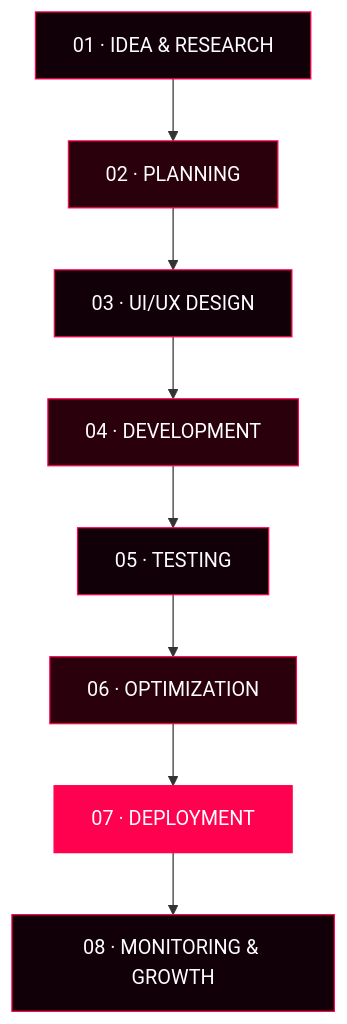
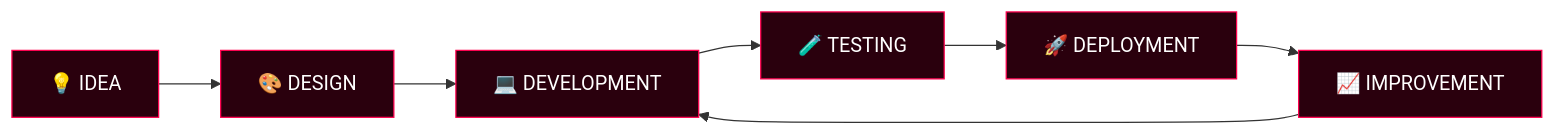
The diagram in README.md (Masfiqul01/Masfiqul01), drawn with Mermaid before and after one commit. The commit also changed other lines of this file, not shown here.

````diff
--- a/README.md
+++ b/README.md
@@ -407,19 +192,16 @@
 ```mermaid
-flowchart TD
-    A["01 · IDEA & RESEARCH"] --> B["02 · PLANNING"]
-    B --> C["03 · UI/UX DESIGN"]
-    C --> D["04 · DEVELOPMENT"]
-    D --> E["05 · TESTING"]
-    E --> F["06 · OPTIMIZATION"]
-    F --> G["07 · DEPLOYMENT"]
-    G --> H["08 · MONITORING & GROWTH"]
+flowchart LR
+    A["💡 IDEA"] --> B["🎨 DESIGN"]
+    B --> C["💻 DEVELOPMENT"]
+    C --> D["🧪 TESTING"]
+    D --> E["🚀 DEPLOYMENT"]
+    E --> F["📈 IMPROVEMENT"]
+    F --> C
 
-    style A fill:#120008,stroke:#ff014f,color:#ffffff
-    style B fill:#2a000d,stroke:#ff014f,color:#ffffff
-    style C fill:#120008,stroke:#ff014f,color:#ffffff
-    style D fill:#2a000d,stroke:#ff014f,color:#ffffff
-    style E fill:#120008,stroke:#ff014f,color:#ffffff
-    style F fill:#2a000d,stroke:#ff014f,color:#ffffff
-    style G fill:#ff014f,stroke:#ff014f,color:#ffffff
-    style H fill:#120008,stroke:#ff014f,color:#ffffff
+    style A fill:#2a000d,stroke:#ff014f,color:#fff
+    style B fill:#2a000d,stroke:#ff014f,color:#fff
+    style C fill:#2a000d,stroke:#ff014f,color:#fff
+    style D fill:#2a000d,stroke:#ff014f,color:#fff
+    style E fill:#2a000d,stroke:#ff014f,color:#fff
+    style F fill:#2a000d,stroke:#ff014f,color:#fff
 ```
````
